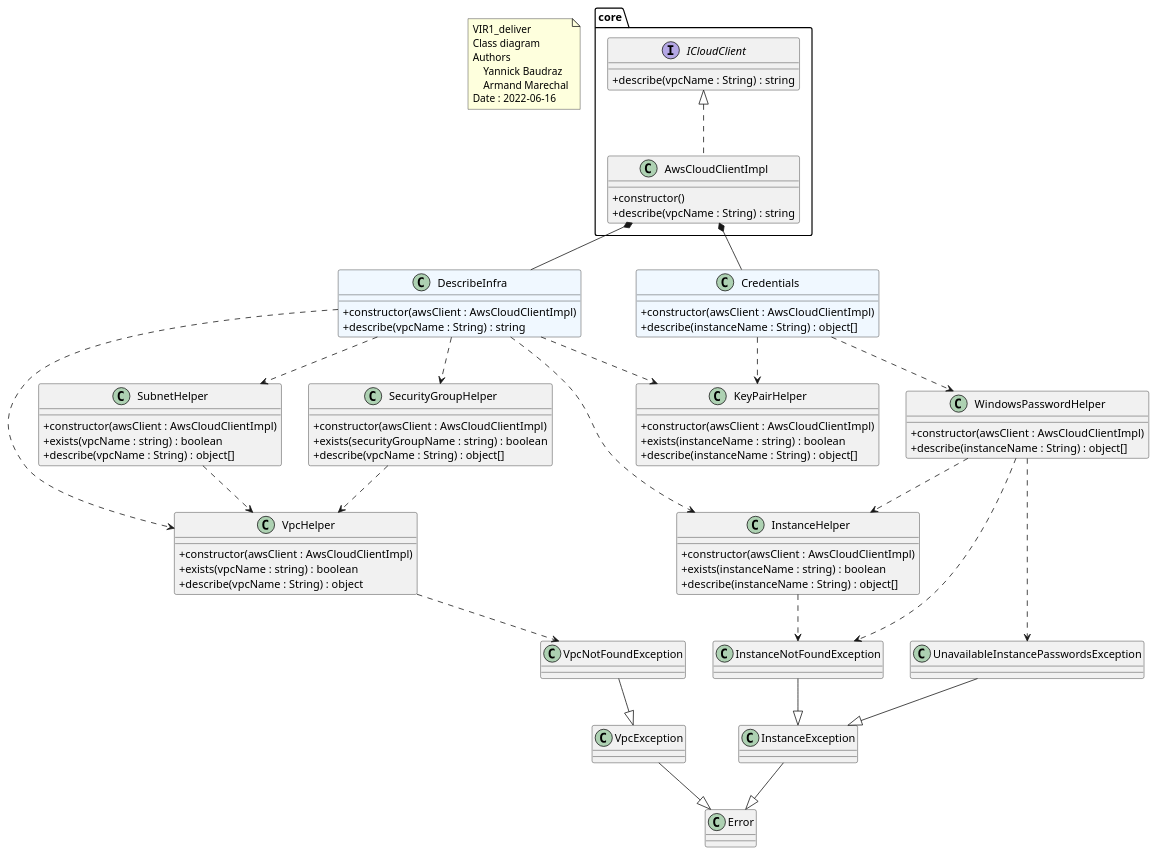
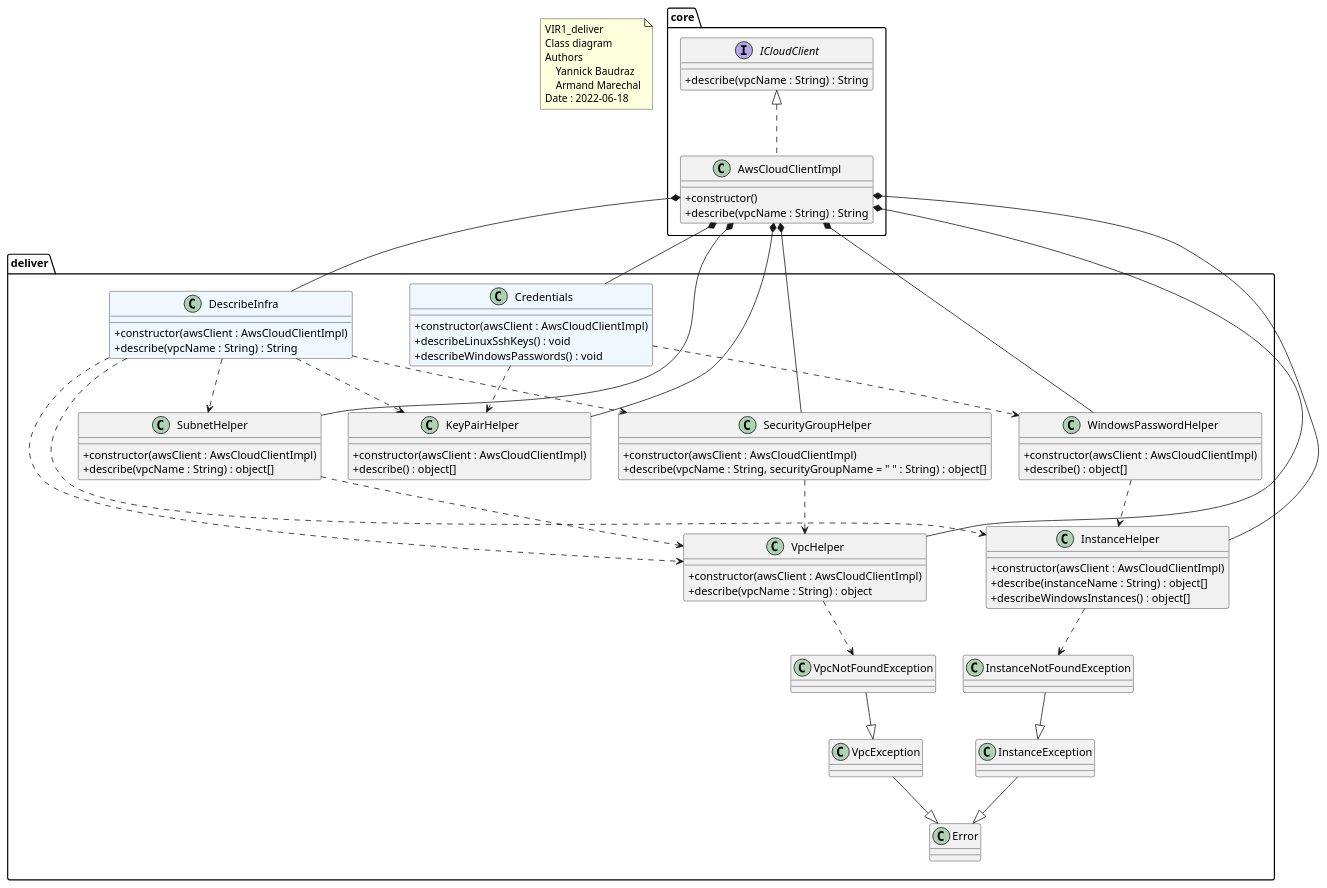
The diagram in docs/classes/class_deliver.puml (NicolasGlassey/VIR1-Deliver), drawn with PlantUML before and after one commit. The commit also changed 5 other files, not shown here.

Commit message:
Update class diagram

```diff
--- a/docs/classes/class_deliver.puml
+++ b/docs/classes/class_deliver.puml
@@ -1,105 +1,106 @@
 @startuml
 skinparam classAttributeIconSize 0
 
 note as t1
 VIR1_deliver
 Class diagram
 Authors
     Yannick Baudraz
     Armand Marechal
-Date : 2022-06-16
+Date : 2022-06-18
 end note
 
-class Infra as "DescribeInfra" #aliceblue {
-    +constructor(awsClient : AwsCloudClientImpl)
-    +describe(vpcName : String) : string
-}
+package deliver {
+    class Infra as "DescribeInfra" #aliceblue {
+        +constructor(awsClient : AwsCloudClientImpl)
+        +describe(vpcName : String) : String
+    }
 
-class Credentials #aliceblue {
-    +constructor(awsClient : AwsCloudClientImpl)
-    +describe(instanceName : String) : object[]
-}
+    class Credentials #aliceblue {
+        +constructor(awsClient : AwsCloudClientImpl)
+        +describeLinuxSshKeys() : void
+        +describeWindowsPasswords() : void
+    }
 
-class VpcHelper {
-    +constructor(awsClient : AwsCloudClientImpl)
-    +exists(vpcName : string) : boolean
-    +describe(vpcName : String) : object
-}
+    class VpcHelper {
+        +constructor(awsClient : AwsCloudClientImpl)
+        +describe(vpcName : String) : object
+    }
 
-class SubnetHelper {
-    +constructor(awsClient : AwsCloudClientImpl)
-    +exists(vpcName : string) : boolean
-    +describe(vpcName : String) : object[]
-}
+    class SubnetHelper {
+        +constructor(awsClient : AwsCloudClientImpl)
+        +describe(vpcName : String) : object[]
+    }
 
-class SecurityGroupHelper {
-    +constructor(awsClient : AwsCloudClientImpl)
-    +exists(securityGroupName : string) : boolean
-    +describe(vpcName : String) : object[]
-}
+    class SecurityGroupHelper {
+        +constructor(awsClient : AwsCloudClientImpl)
+        +describe(vpcName : String, securityGroupName = " " : String) : object[]
+    }
 
-class InstanceHelper {
-    +constructor(awsClient : AwsCloudClientImpl)
-    +exists(instanceName : string) : boolean
-    +describe(instanceName : String) : object[]
-}
+    class InstanceHelper {
+        +constructor(awsClient : AwsCloudClientImpl)
+        +describe(instanceName : String) : object[]
+        +describeWindowsInstances() : object[]
+    }
 
-class KeyPairHelper {
-    +constructor(awsClient : AwsCloudClientImpl)
-    +exists(instanceName : string) : boolean
-    +describe(instanceName : String) : object[]
-}
+    class KeyPairHelper {
+        +constructor(awsClient : AwsCloudClientImpl)
+        +describe() : object[]
+    }
 
-class WindowsPasswordHelper {
-    +constructor(awsClient : AwsCloudClientImpl)
-    +describe(instanceName : String) : object[]
+    class WindowsPasswordHelper {
+        +constructor(awsClient : AwsCloudClientImpl)
+        +describe() : object[]
+    }
+
+    together {
+        class Error
+        class VpcException
+        class VpcNotFoundException
+        class InstanceException
+        class InstanceNotFoundException
+    }
 }
 
 package core {
     interface ICloudClient {
-        +describe(vpcName : String) : string
+        +describe(vpcName : String) : String
     }
 
     class AwsCloudClientImpl implements ICloudClient {
         +constructor()
-        +describe(vpcName : String) : string
+        +describe(vpcName : String) : String
     }
-}
-
-together {
-    class Error
-    class VpcException
-    class VpcNotFoundException
-    class InstanceException
-    class InstanceNotFoundException
-    class UnavailableInstancePasswordsException
 }
 
 AwsCloudClientImpl *-- Infra
 AwsCloudClientImpl *-- Credentials
+AwsCloudClientImpl *-- VpcHelper
+AwsCloudClientImpl *-- SubnetHelper
+AwsCloudClientImpl *-- SecurityGroupHelper
+AwsCloudClientImpl *-- InstanceHelper
+AwsCloudClientImpl *-- KeyPairHelper
+AwsCloudClientImpl *-- WindowsPasswordHelper
 
 Infra ..> VpcHelper
 Infra ..> SubnetHelper
 Infra ..> SecurityGroupHelper
 Infra ..> InstanceHelper
 Infra ..> KeyPairHelper
 
 Credentials ..> WindowsPasswordHelper
 Credentials ..> KeyPairHelper
 
 VpcException --|> Error
 VpcNotFoundException --|> VpcException
 InstanceException --|> Error
 InstanceNotFoundException --|> InstanceException
-UnavailableInstancePasswordsException --|> InstanceException
 
 SubnetHelper ..> VpcHelper
 SecurityGroupHelper ..> VpcHelper
 WindowsPasswordHelper ..> InstanceHelper
 
 VpcHelper ..> VpcNotFoundException
 InstanceHelper ..> InstanceNotFoundException
-WindowsPasswordHelper ..> InstanceNotFoundException
-WindowsPasswordHelper ..> UnavailableInstancePasswordsException
 
 @enduml
```
